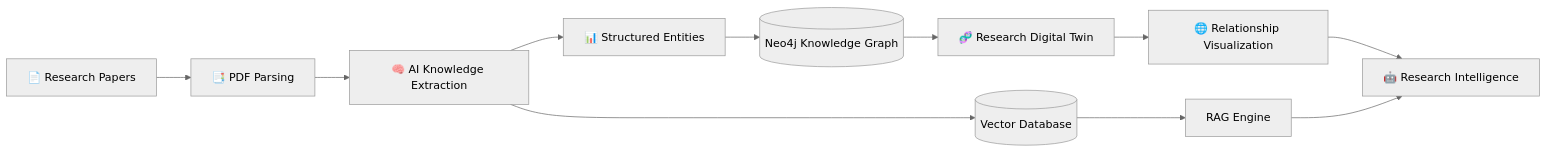
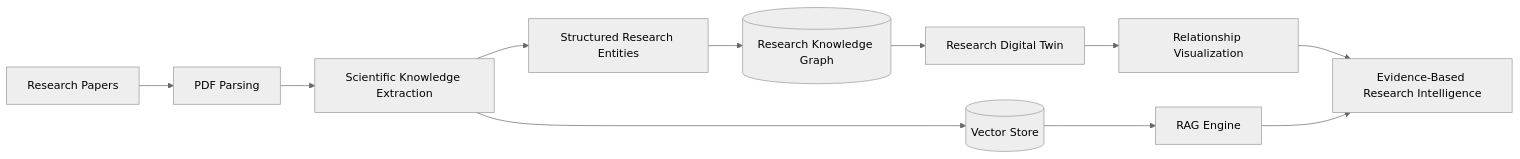
The first of 5 diagrams in README.md (farahalmujaljel/Burhan), drawn with Mermaid (neutral theme) before and after one commit. The commit also changed other lines of this file, not shown here.

````diff
--- a/README.md
+++ b/README.md
@@ -99,24 +102,24 @@
 ```mermaid
 flowchart LR
 
-    A[📄 Research Papers]
-    --> B[📑 PDF Parsing]
+    A[Research Papers]
+    --> B[PDF Parsing]
 
-    B --> C[🧠 AI Knowledge Extraction]
+    B --> C[Scientific Knowledge Extraction]
 
-    C --> D[📊 Structured Entities]
+    C --> D[Structured Research Entities]
 
-    D --> E[(Neo4j Knowledge Graph)]
+    D --> E[(Research Knowledge Graph)]
 
-    E --> F[🧬 Research Digital Twin]
+    E --> F[Research Digital Twin]
 
-    C --> G[(Vector Database)]
+    C --> G[(Vector Store)]
 
     G --> H[RAG Engine]
 
-    F --> I[🌐 Relationship Visualization]
+    F --> I[Relationship Visualization]
 
-    I --> J[🤖 Research Intelligence]
+    I --> J[Evidence-Based Research Intelligence]
 
     H --> J
 ```
````
